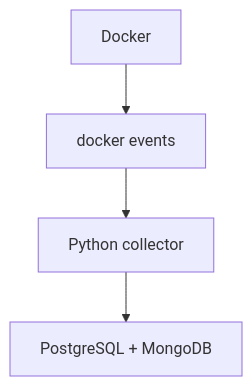
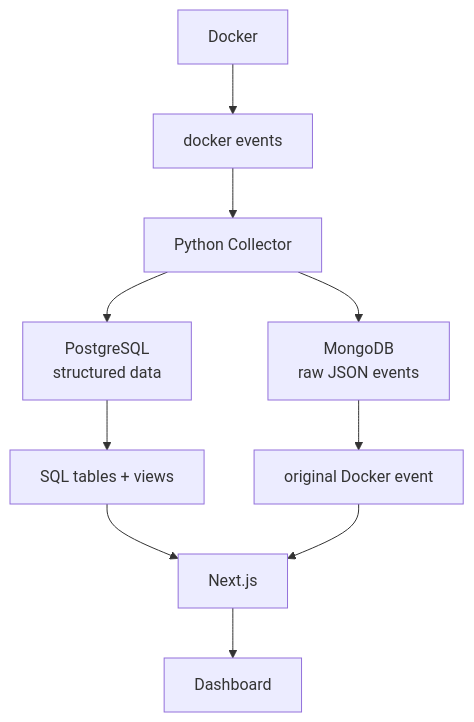
The diagram in README.md (itsdharani/docker-runtime-state-tracker), drawn with Mermaid before and after one commit.

Commit message:
modify pipeline diagram

````diff
--- a/README.md
+++ b/README.md
@@ -8,6 +8,16 @@
 ```mermaid
 flowchart TD
     A[Docker] --> B[docker events]
-    B --> C[Python collector]
-    C --> D[PostgreSQL + MongoDB]
+    B --> C[Python Collector]
+
+    C --> D[PostgreSQL<br/>structured data]
+    C --> E[MongoDB<br/>raw JSON events]
+
+    D --> F[SQL tables + views]
+    E --> G[original Docker event]
+
+    F --> H[Next.js]
+    G --> H
+
+    H --> I[Dashboard]
 ```
````
